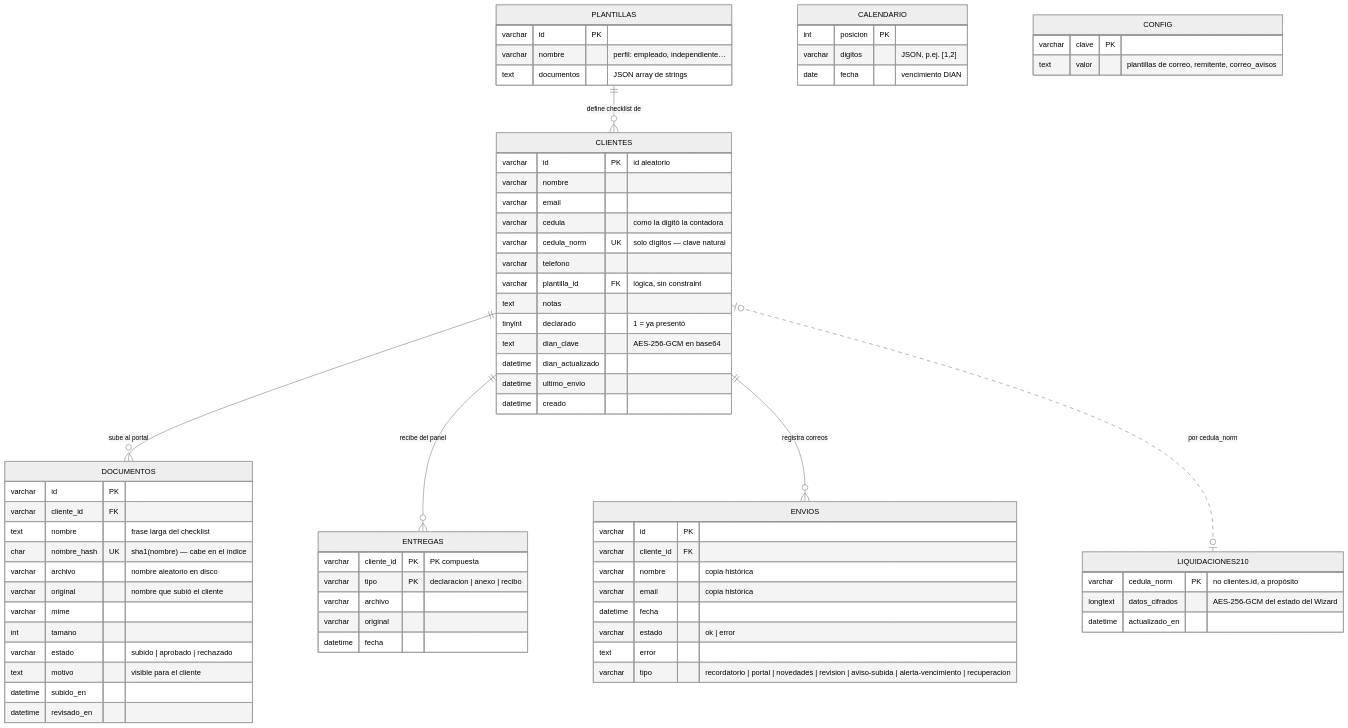
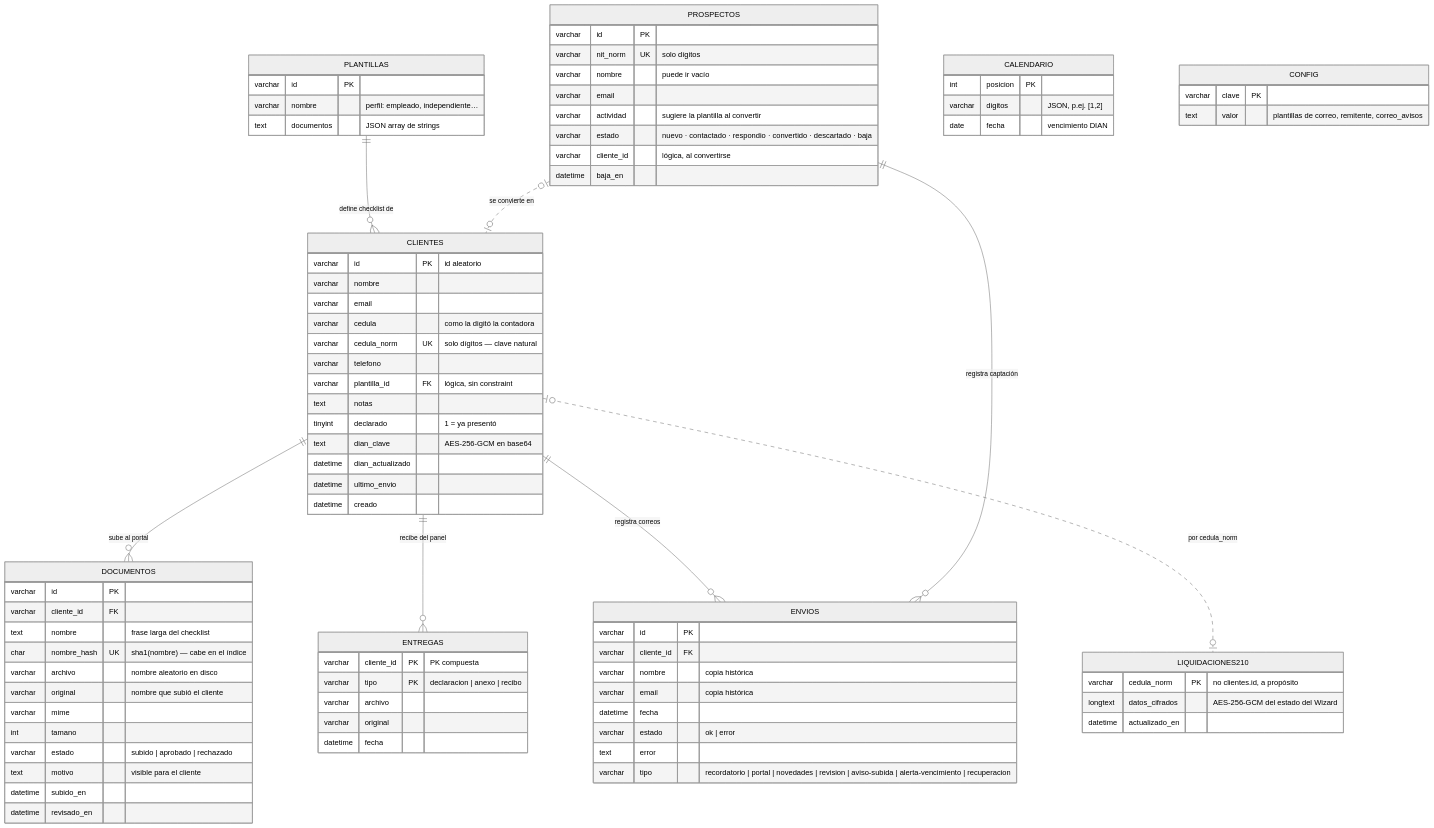
Before and after one commit to alexizher/portal-declaracion-renta: the eighth of 21 diagrams in docs/ARQUITECTURA.md, drawn with Mermaid (neutral theme). The commit also changed other lines of this file and 20 other files, not shown here.

First line of the commit message:
Prospectos: tabla, pestaña e importación, y correo de captación

````diff
--- a/docs/ARQUITECTURA.md
+++ b/docs/ARQUITECTURA.md
@@ -428,6 +428,8 @@
     CLIENTES ||--o{ ENVIOS : "registra correos"
     PLANTILLAS ||--o{ CLIENTES : "define checklist de"
     CLIENTES |o..o| LIQUIDACIONES210 : "por cedula_norm"
+    PROSPECTOS |o..o| CLIENTES : "se convierte en"
+    PROSPECTOS ||--o{ ENVIOS : "registra captación"
 
     CLIENTES {
         varchar id PK "id aleatorio"
@@ -501,4 +503,15 @@
         longtext datos_cifrados "AES-256-GCM del estado del Wizard"
         datetime actualizado_en
     }
+
+    PROSPECTOS {
+        varchar id PK
+        varchar nit_norm UK "solo dígitos"
+        varchar nombre "puede ir vacío"
+        varchar email
+        varchar actividad "sugiere la plantilla al convertir"
+        varchar estado "nuevo · contactado · respondio · convertido · descartado · baja"
+        varchar cliente_id "lógica, al convertirse"
+        datetime baja_en
+    }
 ```
````
